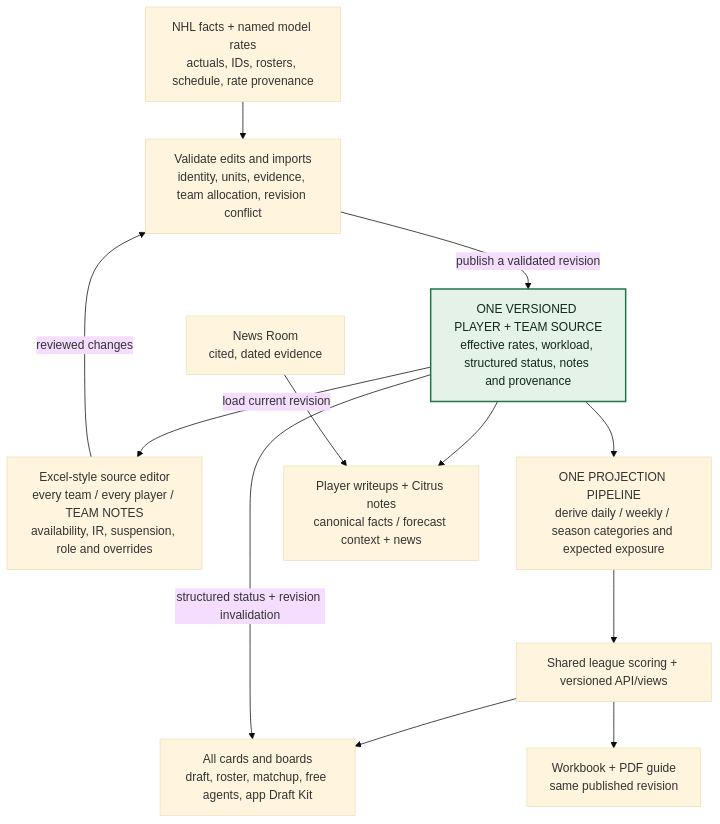
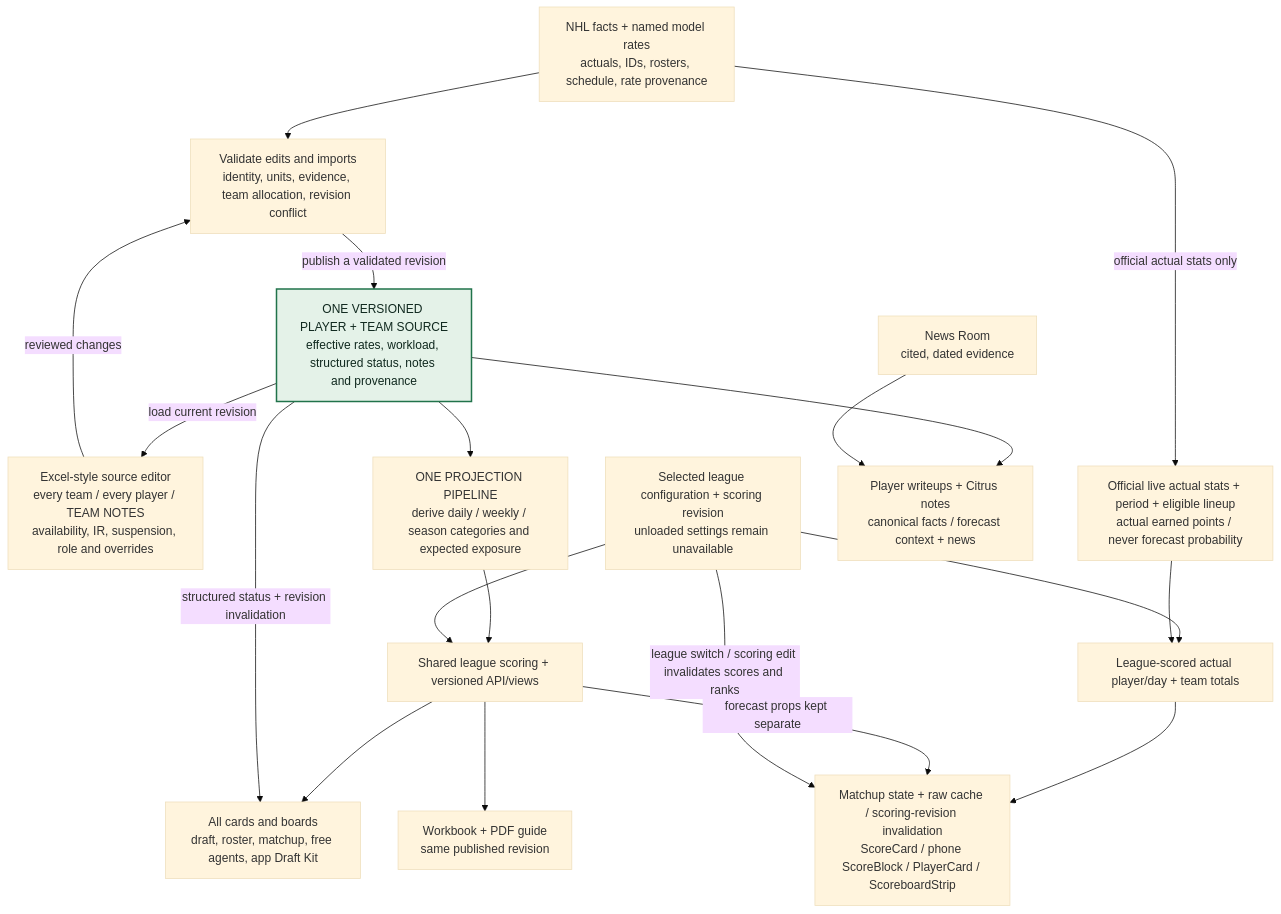
Before and after one commit to Gstormsfh/citrus-league-storm-main: the diagram in docs/audits/lineage-convergence-2026-09-12.md, drawn with Mermaid (base theme). The commit also changed other lines of this file and 20 other files, not shown here.

````diff
--- a/docs/audits/lineage-convergence-2026-09-12.md
+++ b/docs/audits/lineage-convergence-2026-09-12.md
@@ -9,25 +9,35 @@
 ```mermaid
 flowchart TB
   INPUT["NHL facts + named model rates<br/>actuals, IDs, rosters, schedule, rate provenance"]
   EDIT["Excel-style source editor<br/>every team / every player / TEAM NOTES<br/>availability, IR, suspension, role and overrides"]
   VALID["Validate edits and imports<br/>identity, units, evidence, team allocation, revision conflict"]
   SOURCE["ONE VERSIONED PLAYER + TEAM SOURCE<br/>effective rates, workload, structured status, notes and provenance"]
   DERIVE["ONE PROJECTION PIPELINE<br/>derive daily / weekly / season categories and expected exposure"]
+  RULES["Selected league configuration + scoring revision<br/>unloaded settings remain unavailable"]
   SCORE["Shared league scoring + versioned API/views"]
+  ACTUAL["Official live actual stats + period + eligible lineup<br/>actual earned points / never forecast probability"]
+  ACTSCORE["League-scored actual player/day + team totals"]
+  DISPLAY["Matchup state + raw cache / scoring-revision invalidation<br/>ScoreCard / phone ScoreBlock / PlayerCard / ScoreboardStrip"]
   APP["All cards and boards<br/>draft, roster, matchup, free agents, app Draft Kit"]
   EXPORT["Workbook + PDF guide<br/>same published revision"]
   NEWS["News Room<br/>cited, dated evidence"]
   PROSE["Player writeups + Citrus notes<br/>canonical facts / forecast context + news"]
   INPUT --> VALID
   EDIT -->|"reviewed changes"| VALID
   VALID -->|"publish a validated revision"| SOURCE
   SOURCE -->|"load current revision"| EDIT
   SOURCE --> DERIVE --> SCORE
+  RULES --> SCORE
+  INPUT -->|"official actual stats only"| ACTUAL
+  RULES --> ACTSCORE
+  ACTUAL --> ACTSCORE --> DISPLAY
+  SCORE -->|"forecast props kept separate"| DISPLAY
+  RULES -->|"league switch / scoring edit invalidates scores and ranks"| DISPLAY
   SCORE --> APP
   SCORE --> EXPORT
   SOURCE -->|"structured status + revision invalidation"| APP
   SOURCE --> PROSE
   NEWS --> PROSE
   classDef canonical fill:#e4f2e8,stroke:#21734b,stroke-width:2px,color:#10291f;
   class SOURCE canonical;
 ```
````
